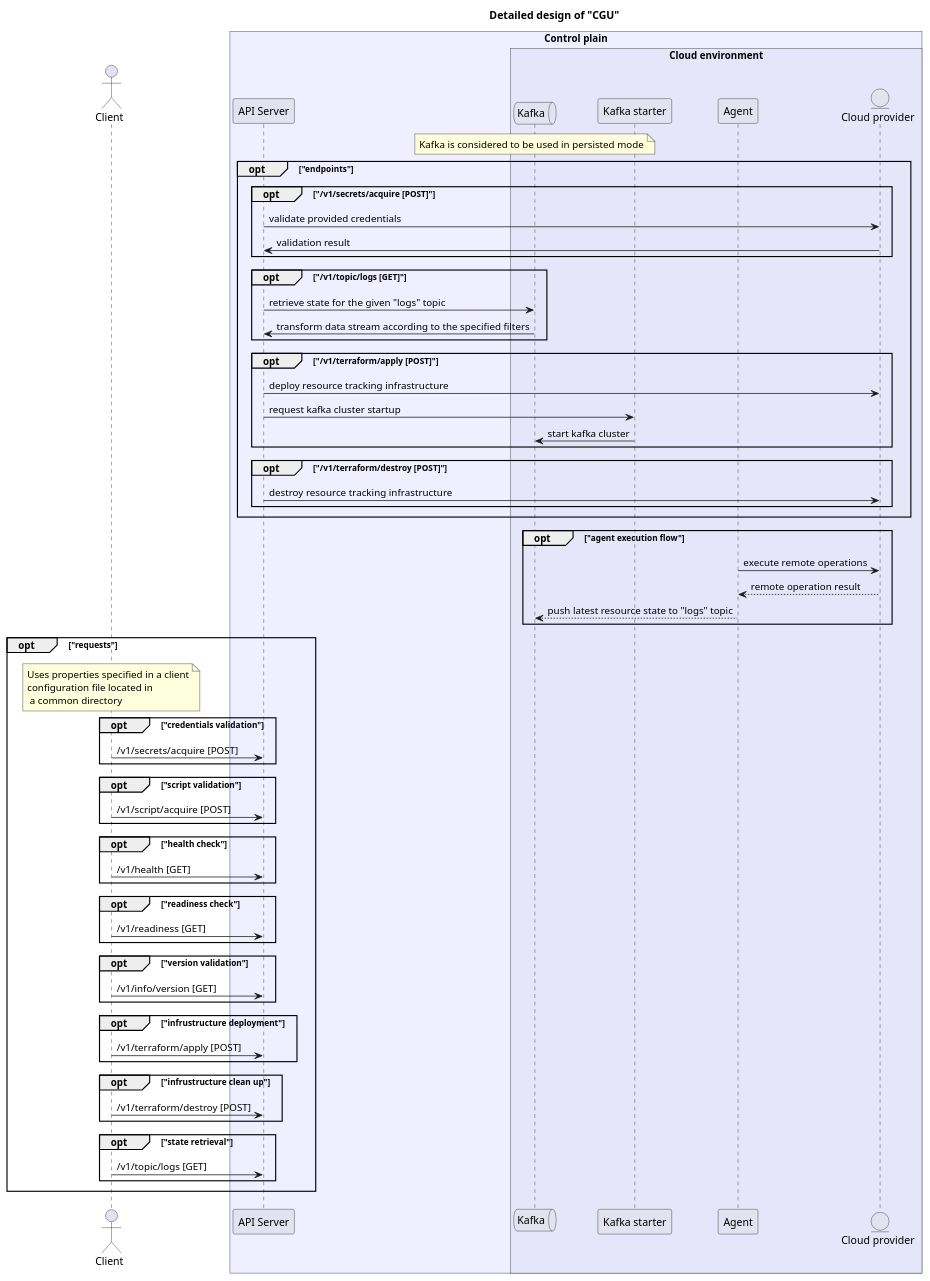
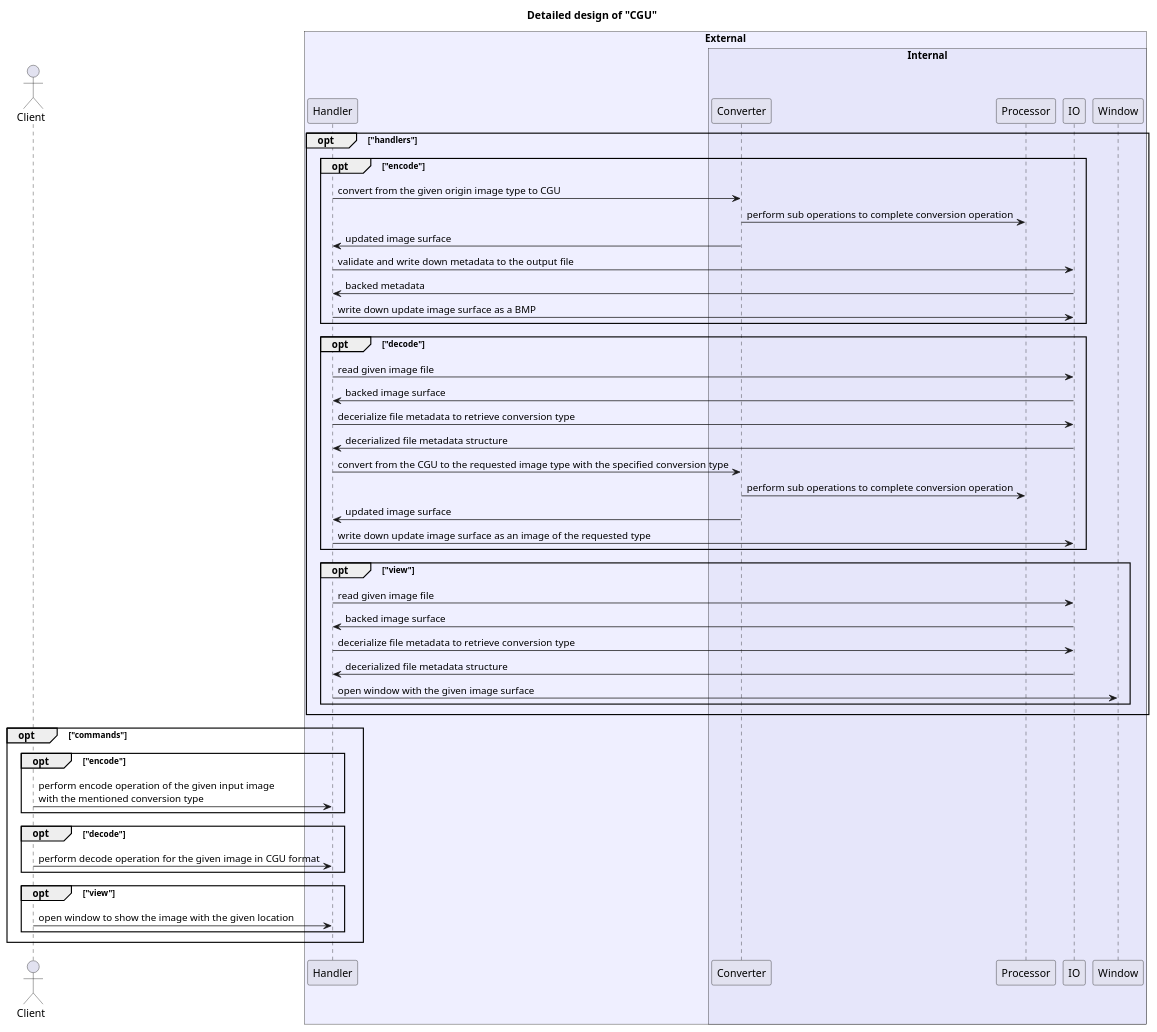
Before and after one commit to YarikRevich/computer-graphics-university: the diagram in docs/detailed-design-raw.md, drawn with PlantUML. The commit also changed 16 other files, not shown here.

````diff
--- a/docs/detailed-design-raw.md
+++ b/docs/detailed-design-raw.md
@@ -1,76 +1,63 @@
 ```plantuml
 !pragma teoz true
 
-title 
-    Detailed design of "CGU" 
+title
+Detailed design of "CGU"
 end title
 
 actor "Client" as client
 
-box "Control plain" #MOTIVATION
-participant "API Server" as apiserver
+box "External" #MOTIVATION
+participant "Handler" as handler
 
-box "Cloud environment" #Lavender
-queue "Kafka" as kafka
-participant "Kafka starter" as kafkastarter
-participant "Agent" as agent
-entity "Cloud provider" as cloudprovider
+box "Internal" #Lavender
+participant "Converter" as converter
+participant "Processor" as processor
+participant "IO" as io
+participant "Window" as window
 end box
 
 end box
 
-note over kafka: Kafka is considered to be used in persisted mode
+opt "handlers"
+opt "encode"
+handler -> converter: convert from the given origin image type to CGU
+converter -> processor: perform sub operations to complete conversion operation
+converter -> handler: updated image surface 
+handler -> io: validate and write down metadata to the output file
+io -> handler: backed metadata 
+handler -> io: write down update image surface as a BMP
+end
 
-opt "endpoints"
-opt "/v1/secrets/acquire [POST]"
-apiserver -> cloudprovider: validate provided credentials
-cloudprovider -> apiserver: validation result
+opt "decode"
+handler -> io: read given image file
+io -> handler: backed image surface
+handler -> io: decerialize file metadata to retrieve conversion type
+io -> handler: decerialized file metadata structure
+handler -> converter: convert from the CGU to the requested image type with the specified conversion type
+converter -> processor: perform sub operations to complete conversion operation
+converter -> handler: updated image surface 
+handler -> io: write down update image surface as an image of the requested type
 end
-opt "/v1/topic/logs [GET]"
-apiserver -> kafka: retrieve state for the given "logs" topic
-kafka -> apiserver: transform data stream according to the specified filters
-end
-opt "/v1/terraform/apply [POST]"
-apiserver -> cloudprovider: deploy resource tracking infrastructure
-apiserver -> kafkastarter: request kafka cluster startup 
-kafkastarter -> kafka: start kafka cluster
-end
-opt "/v1/terraform/destroy [POST]"
-apiserver -> cloudprovider: destroy resource tracking infrastructure
+
+opt "view"
+handler -> io: read given image file
+io -> handler: backed image surface
+handler -> io: decerialize file metadata to retrieve conversion type
+io -> handler: decerialized file metadata structure
+handler -> window: open window with the given image surface
 end
 end
 
-opt "agent execution flow"
-agent -> cloudprovider: execute remote operations
-agent <-- cloudprovider: remote operation result
-agent --> kafka: push latest resource state to "logs" topic
+opt "commands"
+opt "encode"
+client -> handler: perform encode operation of the given input image\nwith the mentioned conversion type
 end
-
-opt "requests"
-note over client: Uses properties specified in a client\nconfiguration file located in\n a common directory
-opt "credentials validation"
-client -> apiserver: /v1/secrets/acquire [POST]
+opt "decode"
+client -> handler: perform decode operation for the given image in CGU format
 end
-opt "script validation"
-client -> apiserver: /v1/script/acquire [POST]
+opt "view"
+client -> handler: open window to show the image with the given location
 end
-opt "health check"
-client -> apiserver: /v1/health [GET]
-end
-opt "readiness check"
-client -> apiserver: /v1/readiness [GET]
-end
-opt "version validation"
-client -> apiserver: /v1/info/version [GET]
-end
-opt "infrustructure deployment"
-client -> apiserver: /v1/terraform/apply [POST]
-end
-opt "infrustructure clean up"
-client -> apiserver: /v1/terraform/destroy [POST]
-end
-opt "state retrieval"
-client -> apiserver: /v1/topic/logs [GET]
-end 
 end
 ```
````
